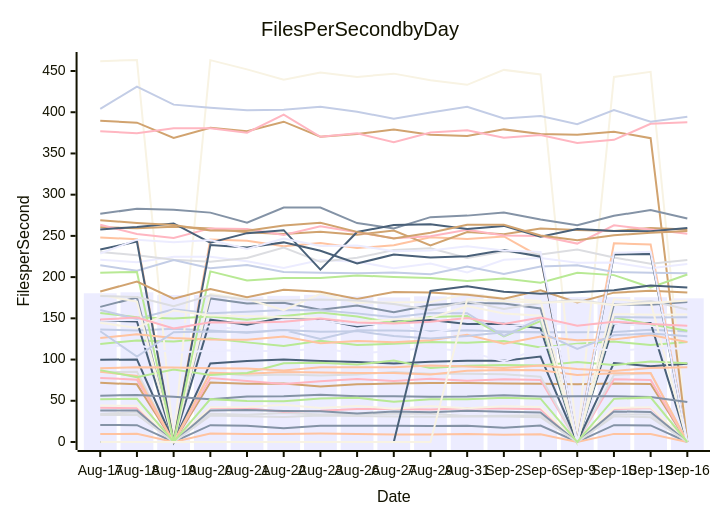
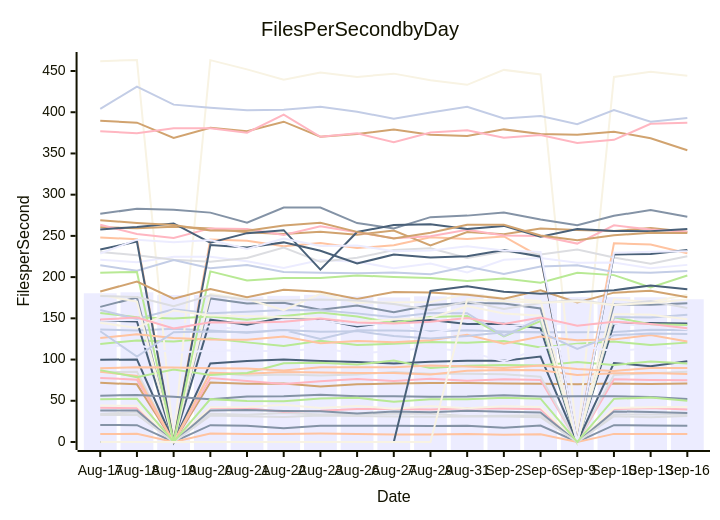
Before and after one commit to streetsidesoftware/cspell: the diagram in perf-report.md, drawn with Mermaid. The commit also changed other lines of this file and 1 other file, not shown here.

````diff
--- a/perf-report.md
+++ b/perf-report.md
@@ -10,56 +10,56 @@
 ```mermaid
 xychart-beta
     title Files Per Second by Day
     y-axis Files per Second
     x-axis Date [Aug-17, Aug-18, Aug-19, Aug-20, Aug-21, Aug-22, Aug-23, Aug-26, Aug-27, Aug-29, Aug-31, Sep-2, Sep-6, Sep-9, Sep-10, Sep-13, Sep-16]
-    bar [180.37, 181.58, 178.25, 178.21, 176.48, 177.31, 178.59, 176.65, 175.34, 176.71, 179.62, 175.68, 178.38, 175.73, 175.70, 175.56, 174.25]
-    line [20.70, 20.41, 0.00, 20.37, 19.78, 16.65, 19.78, 19.77, 19.75, 19.38, 19.78, 17.23, 19.98, 0.00, 20.38, 20.10, 0.00]
-    line [9.56, 9.98, 0.00, 10.21, 9.57, 9.67, 10.21, 9.79, 8.96, 9.05, 9.81, 8.92, 9.30, 0.00, 9.85, 9.67, 0.00]
-    line [34.11, 35.97, 0.00, 34.29, 33.06, 35.20, 33.44, 33.88, 34.28, 34.29, 31.46, 31.96, 32.39, 0.00, 33.27, 33.48, 0.00]
-    line [118.94, 123.21, 122.05, 125.45, 120.85, 116.37, 122.78, 117.70, 119.12, 121.35, 120.42, 122.42, 114.54, 119.33, 121.78, 117.69, 121.26]
-    line [71.73, 69.94, 0.00, 72.13, 70.80, 70.95, 67.44, 70.02, 70.97, 71.48, 71.44, 71.07, 70.80, 70.10, 70.83, 70.27, 0.00]
-    line [136.33, 135.27, 137.39, 135.24, 132.55, 135.80, 124.86, 135.53, 135.15, 134.28, 135.44, 134.10, 133.16, 133.12, 133.37, 136.08, 134.05]
-    line [77.71, 75.62, 0.00, 77.72, 74.04, 70.35, 73.82, 76.46, 74.01, 76.69, 74.15, 76.26, 75.33, 0.00, 76.18, 75.30, 0.00]
-    line [147.53, 146.24, 0.00, 148.33, 142.38, 151.12, 148.79, 140.03, 146.17, 148.08, 143.16, 143.31, 137.86, 0.00, 143.10, 144.41, 0.00]
-    line [461.99, 463.36, 0.00, 463.20, 452.00, 439.43, 448.11, 442.87, 446.82, 438.90, 433.22, 451.36, 445.82, 0.00, 442.79, 448.98, 0.00]
-    line [147.08, 148.37, 144.42, 139.84, 136.44, 133.06, 147.23, 141.82, 144.43, 131.99, 140.70, 140.40, 143.33, 143.38, 143.55, 140.59, 141.09]
-    line [163.90, 175.25, 0.00, 174.12, 168.12, 168.81, 160.53, 165.45, 157.28, 166.29, 168.59, 168.11, 162.00, 0.00, 166.81, 166.56, 169.73]
-    line [247.95, 246.01, 0.00, 245.63, 244.19, 237.32, 241.48, 235.19, 238.66, 248.28, 246.15, 249.29, 224.39, 0.00, 241.04, 239.64, 0.00]
-    line [84.93, 85.14, 0.00, 84.39, 80.69, 82.01, 80.62, 81.99, 84.93, 82.93, 82.69, 82.19, 79.19, 0.00, 81.30, 83.34, 0.00]
-    line [156.52, 151.19, 149.78, 152.30, 148.37, 152.77, 157.05, 152.12, 144.60, 151.74, 152.77, 128.16, 146.70, 0.00, 151.25, 142.95, 134.91]
-    line [389.59, 387.36, 368.74, 381.05, 377.05, 388.53, 370.41, 373.49, 378.95, 372.79, 371.32, 379.20, 373.63, 372.65, 376.36, 368.52, 0.00]
-    line [160.04, 149.26, 160.96, 156.07, 157.97, 160.09, 159.80, 156.02, 151.31, 156.46, 156.20, 128.81, 149.88, 0.00, 151.49, 151.06, 151.32]
-    line [41.51, 41.02, 0.00, 41.64, 40.90, 36.56, 37.81, 40.07, 40.16, 39.52, 40.88, 40.72, 39.85, 0.00, 39.94, 41.26, 0.00]
-    line [99.70, 100.11, 0.00, 95.31, 98.34, 100.20, 98.20, 97.14, 95.15, 97.31, 98.42, 98.44, 103.61, 0.00, 95.82, 91.96, 94.80]
-    line [44.17, 43.94, 0.00, 42.21, 42.40, 45.26, 41.26, 43.81, 40.27, 43.32, 41.01, 43.29, 42.33, 0.00, 41.15, 42.24, 0.00]
-    line [221.21, 218.06, 224.66, 224.81, 219.16, 211.20, 220.63, 218.66, 210.78, 216.53, 205.56, 221.13, 223.08, 217.30, 217.60, 210.80, 215.89]
-    line [38.23, 38.08, 0.00, 38.14, 38.85, 37.70, 37.19, 34.46, 37.13, 36.19, 37.79, 36.83, 35.85, 0.00, 37.06, 36.42, 0.00]
-    line [85.27, 80.18, 0.00, 84.11, 82.91, 84.94, 84.37, 83.76, 83.84, 82.02, 86.32, 87.46, 87.14, 81.35, 83.34, 83.78, 0.00]
-    line [230.56, 226.49, 220.96, 218.62, 223.21, 235.78, 218.52, 223.39, 232.83, 235.11, 223.20, 230.93, 227.50, 233.38, 223.69, 216.25, 220.85]
-    line [87.18, 78.69, 87.97, 81.21, 83.61, 95.38, 96.21, 93.90, 98.97, 89.73, 92.49, 93.42, 92.85, 96.99, 93.46, 97.52, 95.52]
-    line [260.49, 259.27, 261.07, 258.95, 254.28, 252.45, 254.96, 251.52, 256.47, 238.41, 254.64, 251.96, 258.89, 257.30, 255.86, 259.52, 257.83]
-    line [214.39, 207.70, 220.70, 210.90, 214.69, 206.22, 205.16, 204.73, 205.50, 203.46, 212.85, 203.78, 213.00, 214.26, 206.28, 205.22, 204.66]
-    line [263.50, 252.27, 247.59, 259.11, 258.43, 251.09, 261.73, 254.45, 247.25, 249.51, 257.53, 250.46, 249.77, 240.66, 262.89, 257.78, 252.59]
-    line [233.43, 243.19, 0.00, 239.03, 235.84, 242.13, 231.92, 216.52, 227.39, 223.72, 225.22, 232.84, 224.81, 0.00, 227.34, 228.09, 0.00]
-    line [178.25, 170.32, 0.00, 179.55, 173.37, 159.94, 179.71, 169.02, 169.12, 169.70, 179.72, 174.42, 171.06, 0.00, 173.10, 169.76, 0.00]
-    line [115.68, 117.57, 108.01, 110.94, 111.36, 109.59, 114.15, 106.99, 110.60, 113.93, 109.73, 98.03, 113.59, 117.23, 110.00, 114.04, 112.98]
-    line [276.84, 282.85, 281.73, 278.23, 265.94, 284.38, 284.39, 265.58, 259.03, 272.73, 274.59, 278.30, 269.85, 262.88, 274.40, 281.31, 271.22]
-    line [126.21, 130.73, 126.16, 124.30, 123.93, 127.92, 119.73, 122.40, 121.04, 123.38, 130.04, 119.32, 127.89, 123.29, 124.49, 129.64, 121.27]
-    line [32.70, 32.97, 0.00, 32.06, 31.30, 30.41, 32.21, 31.61, 31.00, 30.67, 31.04, 30.96, 30.04, 0.00, 31.22, 29.93, 0.00]
-    line [205.41, 206.29, 0.00, 206.95, 195.89, 198.81, 198.92, 201.94, 200.15, 198.85, 195.27, 198.37, 193.18, 205.21, 202.42, 187.59, 203.11]
-    line [182.55, 194.62, 173.87, 185.52, 175.53, 184.67, 182.24, 173.51, 182.05, 181.30, 178.67, 173.82, 183.91, 169.15, 181.18, 183.51, 181.34]
-    line [134.38, 103.66, 133.22, 133.90, 133.21, 135.84, 133.85, 134.48, 128.45, 125.51, 128.57, 133.06, 133.03, 112.77, 129.44, 131.63, 128.27]
-    line [377.00, 374.45, 380.47, 380.68, 375.26, 397.02, 370.26, 374.39, 363.66, 375.36, 378.12, 369.19, 372.46, 362.58, 366.57, 385.92, 387.76]
-    line [257.82, 260.83, 265.11, 241.69, 253.34, 256.92, 209.05, 254.71, 263.18, 264.22, 258.50, 262.12, 249.11, 258.37, 255.88, 255.75, 259.51]
-    line [144.51, 138.29, 159.59, 153.49, 152.84, 151.42, 150.33, 145.56, 148.61, 150.44, 164.92, 155.92, 153.19, 0.00, 155.03, 154.46, 154.59]
-    line [228.68, 245.41, 242.22, 244.96, 234.22, 246.89, 237.83, 238.28, 231.51, 232.29, 237.57, 232.38, 230.54, 0.00, 229.61, 230.62, 0.00]
-    line [56.24, 56.95, 55.01, 51.81, 55.08, 55.43, 57.37, 55.42, 55.44, 54.92, 55.19, 56.79, 55.22, 55.40, 55.63, 54.54, 48.64]
-    line [89.39, 90.78, 90.42, 89.47, 89.22, 86.73, 90.81, 90.69, 90.61, 92.79, 91.57, 89.68, 92.88, 88.59, 86.05, 89.85, 90.67]
-    line [177.08, 175.87, 164.73, 177.91, 172.41, 171.41, 172.78, 171.71, 167.41, 160.25, 170.61, 161.33, 168.54, 172.61, 166.17, 170.88, 160.84]
-    line [51.77, 52.47, 0.00, 51.98, 49.75, 49.50, 52.81, 53.66, 48.74, 52.00, 52.00, 53.54, 52.52, 0.00, 52.32, 54.12, 0.00]
-    line [269.09, 265.67, 263.14, 256.57, 256.22, 262.68, 265.85, 254.87, 246.75, 253.70, 263.63, 263.57, 250.38, 244.75, 250.69, 253.77, 256.00]
-    line [404.07, 431.05, 409.21, 405.37, 402.28, 402.99, 406.75, 400.52, 392.20, 399.70, 406.57, 392.41, 395.48, 385.49, 402.68, 388.38, 394.50]
-    line [148.69, 150.98, 137.75, 145.27, 144.73, 145.80, 149.65, 145.04, 143.72, 145.86, 150.29, 143.06, 151.08, 140.90, 145.94, 143.19, 140.90]
-    line [0.00, 0.00, 0.00, 0.00, 0.00, 0.00, 0.00, 0.00, 0.00, 183.14, 189.02, 182.17, 179.93, 181.55, 184.12, 189.95, 187.43]
-    line [0.00, 0.00, 0.00, 0.00, 0.00, 0.00, 0.00, 0.00, 0.00, 0.00, 172.99, 170.71, 168.98, 170.63, 166.15, 168.68, 171.76]
+    bar [180.37, 181.58, 178.25, 178.21, 176.48, 177.31, 178.59, 176.65, 175.34, 176.71, 179.62, 175.68, 178.38, 175.73, 175.70, 175.56, 173.14]
+    line [20.70, 20.41, 0.00, 20.37, 19.78, 16.65, 19.78, 19.77, 19.75, 19.38, 19.78, 17.23, 19.98, 0.00, 20.38, 20.10, 19.83]
+    line [9.56, 9.98, 0.00, 10.21, 9.57, 9.67, 10.21, 9.79, 8.96, 9.05, 9.81, 8.92, 9.30, 0.00, 9.85, 9.67, 9.77]
+    line [34.11, 35.97, 0.00, 34.29, 33.06, 35.20, 33.44, 33.88, 34.28, 34.29, 31.46, 31.96, 32.39, 0.00, 33.27, 33.48, 33.43]
+    line [118.94, 123.21, 122.05, 125.45, 120.85, 116.37, 122.78, 117.70, 119.12, 121.35, 120.42, 122.42, 114.54, 119.33, 121.78, 117.69, 120.54]
+    line [71.73, 69.94, 0.00, 72.13, 70.80, 70.95, 67.44, 70.02, 70.97, 71.48, 71.44, 71.07, 70.80, 70.10, 70.83, 70.27, 71.11]
+    line [136.33, 135.27, 137.39, 135.24, 132.55, 135.80, 124.86, 135.53, 135.15, 134.28, 135.44, 134.10, 133.16, 133.12, 133.37, 136.08, 135.82]
+    line [77.71, 75.62, 0.00, 77.72, 74.04, 70.35, 73.82, 76.46, 74.01, 76.69, 74.15, 76.26, 75.33, 0.00, 76.18, 75.30, 74.76]
+    line [147.53, 146.24, 0.00, 148.33, 142.38, 151.12, 148.79, 140.03, 146.17, 148.08, 143.16, 143.31, 137.86, 0.00, 143.10, 144.41, 143.72]
+    line [461.99, 463.36, 0.00, 463.20, 452.00, 439.43, 448.11, 442.87, 446.82, 438.90, 433.22, 451.36, 445.82, 0.00, 442.79, 448.98, 444.26]
+    line [147.08, 148.37, 144.42, 139.84, 136.44, 133.06, 147.23, 141.82, 144.43, 131.99, 140.70, 140.40, 143.33, 143.38, 143.55, 140.59, 136.69]
+    line [163.90, 175.25, 0.00, 174.12, 168.12, 168.81, 160.53, 165.45, 157.28, 166.29, 168.59, 168.11, 162.00, 0.00, 166.81, 166.56, 168.40]
+    line [247.95, 246.01, 0.00, 245.63, 244.19, 237.32, 241.48, 235.19, 238.66, 248.28, 246.15, 249.29, 224.39, 0.00, 241.04, 239.64, 228.88]
+    line [84.93, 85.14, 0.00, 84.39, 80.69, 82.01, 80.62, 81.99, 84.93, 82.93, 82.69, 82.19, 79.19, 0.00, 81.30, 83.34, 85.09]
+    line [156.52, 151.19, 149.78, 152.30, 148.37, 152.77, 157.05, 152.12, 144.60, 151.74, 152.77, 128.16, 146.70, 0.00, 151.25, 142.95, 141.98]
+    line [389.59, 387.36, 368.74, 381.05, 377.05, 388.53, 370.41, 373.49, 378.95, 372.79, 371.32, 379.20, 373.63, 372.65, 376.36, 368.52, 353.91]
+    line [160.04, 149.26, 160.96, 156.07, 157.97, 160.09, 159.80, 156.02, 151.31, 156.46, 156.20, 128.81, 149.88, 0.00, 151.49, 151.06, 154.25]
+    line [41.51, 41.02, 0.00, 41.64, 40.90, 36.56, 37.81, 40.07, 40.16, 39.52, 40.88, 40.72, 39.85, 0.00, 39.94, 41.26, 39.57]
+    line [99.70, 100.11, 0.00, 95.31, 98.34, 100.20, 98.20, 97.14, 95.15, 97.31, 98.42, 98.44, 103.61, 0.00, 95.82, 91.96, 97.83]
+    line [44.17, 43.94, 0.00, 42.21, 42.40, 45.26, 41.26, 43.81, 40.27, 43.32, 41.01, 43.29, 42.33, 0.00, 41.15, 42.24, 42.59]
+    line [221.21, 218.06, 224.66, 224.81, 219.16, 211.20, 220.63, 218.66, 210.78, 216.53, 205.56, 221.13, 223.08, 217.30, 217.60, 210.80, 214.85]
+    line [38.23, 38.08, 0.00, 38.14, 38.85, 37.70, 37.19, 34.46, 37.13, 36.19, 37.79, 36.83, 35.85, 0.00, 37.06, 36.42, 35.10]
+    line [85.27, 80.18, 0.00, 84.11, 82.91, 84.94, 84.37, 83.76, 83.84, 82.02, 86.32, 87.46, 87.14, 81.35, 83.34, 83.78, 82.62]
+    line [230.56, 226.49, 220.96, 218.62, 223.21, 235.78, 218.52, 223.39, 232.83, 235.11, 223.20, 230.93, 227.50, 233.38, 223.69, 216.25, 225.36]
+    line [87.18, 78.69, 87.97, 81.21, 83.61, 95.38, 96.21, 93.90, 98.97, 89.73, 92.49, 93.42, 92.85, 96.99, 93.46, 97.52, 95.21]
+    line [260.49, 259.27, 261.07, 258.95, 254.28, 252.45, 254.96, 251.52, 256.47, 238.41, 254.64, 251.96, 258.89, 257.30, 255.86, 259.52, 254.94]
+    line [214.39, 207.70, 220.70, 210.90, 214.69, 206.22, 205.16, 204.73, 205.50, 203.46, 212.85, 203.78, 213.00, 214.26, 206.28, 205.22, 207.31]
+    line [263.50, 252.27, 247.59, 259.11, 258.43, 251.09, 261.73, 254.45, 247.25, 249.51, 257.53, 250.46, 249.77, 240.66, 262.89, 257.78, 255.11]
+    line [233.43, 243.19, 0.00, 239.03, 235.84, 242.13, 231.92, 216.52, 227.39, 223.72, 225.22, 232.84, 224.81, 0.00, 227.34, 228.09, 232.80]
+    line [178.25, 170.32, 0.00, 179.55, 173.37, 159.94, 179.71, 169.02, 169.12, 169.70, 179.72, 174.42, 171.06, 0.00, 173.10, 169.76, 178.55]
+    line [115.68, 117.57, 108.01, 110.94, 111.36, 109.59, 114.15, 106.99, 110.60, 113.93, 109.73, 98.03, 113.59, 117.23, 110.00, 114.04, 113.71]
+    line [276.84, 282.85, 281.73, 278.23, 265.94, 284.38, 284.39, 265.58, 259.03, 272.73, 274.59, 278.30, 269.85, 262.88, 274.40, 281.31, 273.12]
+    line [126.21, 130.73, 126.16, 124.30, 123.93, 127.92, 119.73, 122.40, 121.04, 123.38, 130.04, 119.32, 127.89, 123.29, 124.49, 129.64, 121.96]
+    line [32.70, 32.97, 0.00, 32.06, 31.30, 30.41, 32.21, 31.61, 31.00, 30.67, 31.04, 30.96, 30.04, 0.00, 31.22, 29.93, 31.61]
+    line [205.41, 206.29, 0.00, 206.95, 195.89, 198.81, 198.92, 201.94, 200.15, 198.85, 195.27, 198.37, 193.18, 205.21, 202.42, 187.59, 201.92]
+    line [182.55, 194.62, 173.87, 185.52, 175.53, 184.67, 182.24, 173.51, 182.05, 181.30, 178.67, 173.82, 183.91, 169.15, 181.18, 183.51, 175.59]
+    line [134.38, 103.66, 133.22, 133.90, 133.21, 135.84, 133.85, 134.48, 128.45, 125.51, 128.57, 133.06, 133.03, 112.77, 129.44, 131.63, 130.91]
+    line [377.00, 374.45, 380.47, 380.68, 375.26, 397.02, 370.26, 374.39, 363.66, 375.36, 378.12, 369.19, 372.46, 362.58, 366.57, 385.92, 387.15]
+    line [257.82, 260.83, 265.11, 241.69, 253.34, 256.92, 209.05, 254.71, 263.18, 264.22, 258.50, 262.12, 249.11, 258.37, 255.88, 255.75, 258.38]
+    line [144.51, 138.29, 159.59, 153.49, 152.84, 151.42, 150.33, 145.56, 148.61, 150.44, 164.92, 155.92, 153.19, 0.00, 155.03, 154.46, 149.01]
+    line [228.68, 245.41, 242.22, 244.96, 234.22, 246.89, 237.83, 238.28, 231.51, 232.29, 237.57, 232.38, 230.54, 0.00, 229.61, 230.62, 231.42]
+    line [56.24, 56.95, 55.01, 51.81, 55.08, 55.43, 57.37, 55.42, 55.44, 54.92, 55.19, 56.79, 55.22, 55.40, 55.63, 54.54, 52.29]
+    line [89.39, 90.78, 90.42, 89.47, 89.22, 86.73, 90.81, 90.69, 90.61, 92.79, 91.57, 89.68, 92.88, 88.59, 86.05, 89.85, 89.66]
+    line [177.08, 175.87, 164.73, 177.91, 172.41, 171.41, 172.78, 171.71, 167.41, 160.25, 170.61, 161.33, 168.54, 172.61, 166.17, 170.88, 162.41]
+    line [51.77, 52.47, 0.00, 51.98, 49.75, 49.50, 52.81, 53.66, 48.74, 52.00, 52.00, 53.54, 52.52, 0.00, 52.32, 54.12, 50.02]
+    line [269.09, 265.67, 263.14, 256.57, 256.22, 262.68, 265.85, 254.87, 246.75, 253.70, 263.63, 263.57, 250.38, 244.75, 250.69, 253.77, 253.58]
+    line [404.07, 431.05, 409.21, 405.37, 402.28, 402.99, 406.75, 400.52, 392.20, 399.70, 406.57, 392.41, 395.48, 385.49, 402.68, 388.38, 392.94]
+    line [148.69, 150.98, 137.75, 145.27, 144.73, 145.80, 149.65, 145.04, 143.72, 145.86, 150.29, 143.06, 151.08, 140.90, 145.94, 143.19, 137.97]
+    line [0.00, 0.00, 0.00, 0.00, 0.00, 0.00, 0.00, 0.00, 0.00, 183.14, 189.02, 182.17, 179.93, 181.55, 184.12, 189.95, 185.24]
+    line [0.00, 0.00, 0.00, 0.00, 0.00, 0.00, 0.00, 0.00, 0.00, 0.00, 172.99, 170.71, 168.98, 170.63, 166.15, 168.68, 172.90]
 ```
````
